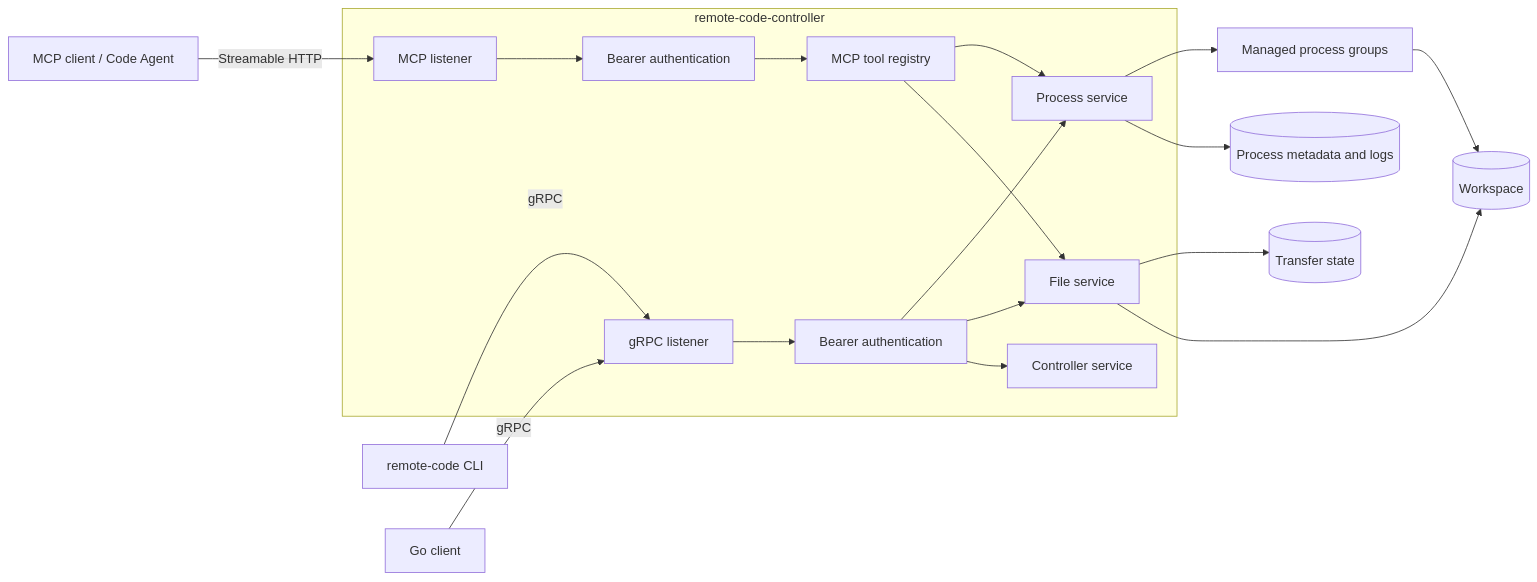
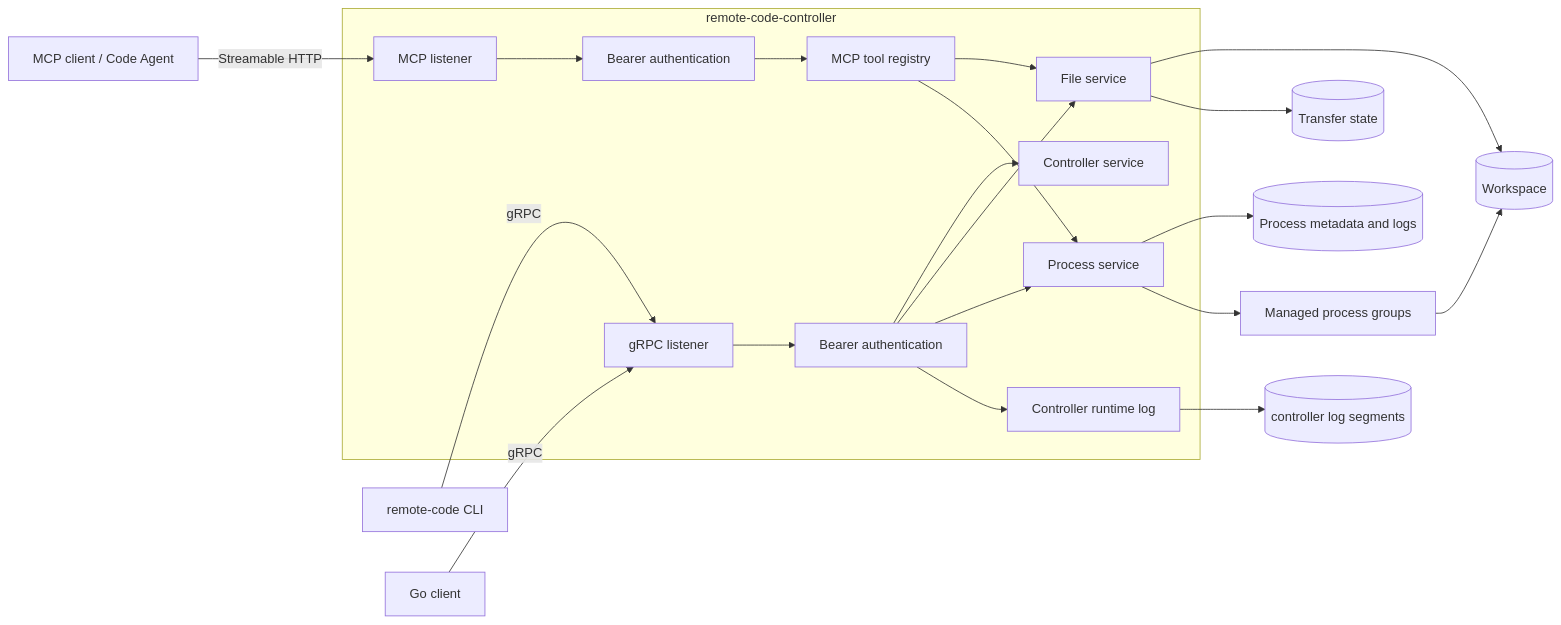
Before and after one commit to qq1426155093/remote-code: the diagram in docs/controller-guide.md, drawn with Mermaid. The commit also changed other lines of this file and 33 other files, not shown here.

Commit message:
feat: add controller runtime log observation

````diff
--- a/docs/controller-guide.md
+++ b/docs/controller-guide.md
@@ -36,23 +37,25 @@
 ```mermaid
 flowchart LR
     CLI[remote-code CLI] -->|gRPC| GRPC[gRPC listener]
     SDK[Go client] -->|gRPC| GRPC
     Agent[MCP client / Code Agent] -->|Streamable HTTP| MCP[MCP listener]
 
     subgraph Controller[remote-code-controller]
         GRPC --> Auth[Bearer authentication]
         Auth --> Info[Controller service]
         Auth --> Files[File service]
         Auth --> Processes[Process service]
+        Auth --> ControllerLogs[Controller runtime log]
         MCP --> MCPAuth[Bearer authentication]
         MCPAuth --> Registry[MCP tool registry]
         Registry --> Files
         Registry --> Processes
     end
 
     Files --> Workspace[(Workspace)]
     Files --> TransferState[(Transfer state)]
     Processes --> Runtime[(Process metadata and logs)]
+    ControllerLogs --> RuntimeDiagnostics[(controller log segments)]
     Processes --> Groups[Managed process groups]
     Groups --> Workspace
 ```
````
